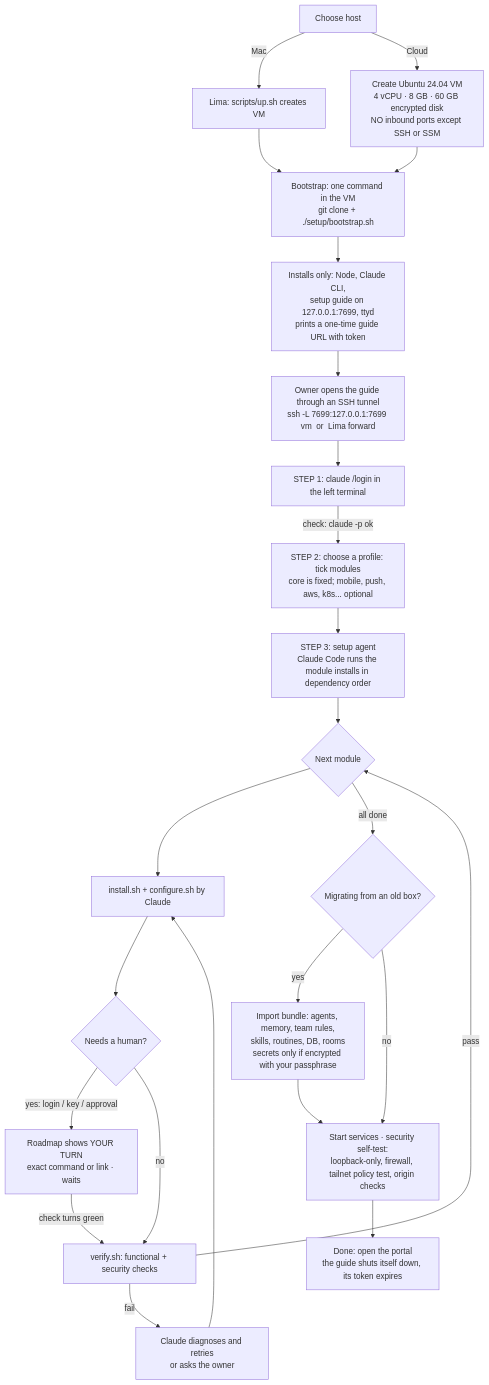
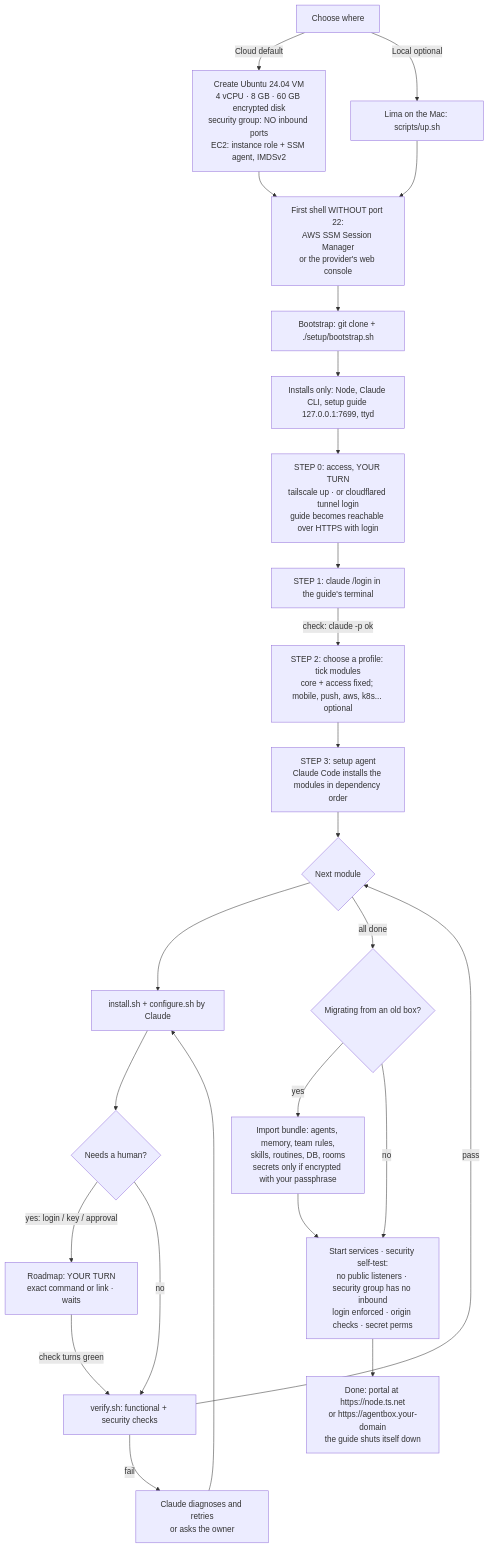
The diagram in docs/SETUP-PLAN.md (dhirajmourya332-gthb/agentbox-v2.1), drawn with Mermaid before and after one commit. The commit also changed other lines of this file, not shown here.

Commit message:
Setup plan: cloud VM is the whole system (no Lima); zero inbound ports via access modes + portal login

````diff
--- a/docs/SETUP-PLAN.md
+++ b/docs/SETUP-PLAN.md
@@ -58,26 +87,27 @@
 ```mermaid
 flowchart TD
-  A[Choose host] -->|Mac| L[Lima: scripts/up.sh creates VM]
-  A -->|Cloud| C[Create Ubuntu 24.04 VM<br/>4 vCPU · 8 GB · 60 GB encrypted disk<br/>NO inbound ports except SSH or SSM]
-  L --> B
-  C --> B[Bootstrap: one command in the VM<br/>git clone + ./setup/bootstrap.sh]
-  B --> B1[Installs only: Node, Claude CLI,<br/>setup guide on 127.0.0.1:7699, ttyd<br/>prints a one-time guide URL with token]
-  B1 --> T[Owner opens the guide through an SSH tunnel<br/>ssh -L 7699:127.0.0.1:7699 vm  or  Lima forward]
-  T --> G1[STEP 1: claude /login in the left terminal]
-  G1 -->|check: claude -p ok| G2[STEP 2: choose a profile: tick modules<br/>core is fixed; mobile, push, aws, k8s... optional]
-  G2 --> G3[STEP 3: setup agent<br/>Claude Code runs the module installs in dependency order]
+  A[Choose where] -->|Cloud default| C[Create Ubuntu 24.04 VM<br/>4 vCPU · 8 GB · 60 GB encrypted disk<br/>security group: NO inbound ports<br/>EC2: instance role + SSM agent, IMDSv2]
+  A -->|Local optional| L[Lima on the Mac: scripts/up.sh]
+  C --> B0[First shell WITHOUT port 22:<br/>AWS SSM Session Manager<br/>or the provider's web console]
+  L --> B0
+  B0 --> B[Bootstrap: git clone + ./setup/bootstrap.sh]
+  B --> B1[Installs only: Node, Claude CLI, setup guide 127.0.0.1:7699, ttyd]
+  B1 --> AC[STEP 0: access, YOUR TURN<br/>tailscale up · or cloudflared tunnel login<br/>guide becomes reachable over HTTPS with login]
+  AC --> G1[STEP 1: claude /login in the guide's terminal]
+  G1 -->|check: claude -p ok| G2[STEP 2: choose a profile: tick modules<br/>core + access fixed; mobile, push, aws, k8s... optional]
+  G2 --> G3[STEP 3: setup agent<br/>Claude Code installs the modules in dependency order]
   G3 --> M{Next module}
   M --> I[install.sh + configure.sh by Claude]
   I --> H{Needs a human?}
-  H -->|yes: login / key / approval| W[Roadmap shows YOUR TURN<br/>exact command or link · waits]
+  H -->|yes: login / key / approval| W[Roadmap: YOUR TURN<br/>exact command or link · waits]
   W -->|check turns green| V
   H -->|no| V[verify.sh: functional + security checks]
   V -->|fail| F[Claude diagnoses and retries<br/>or asks the owner]
   F --> I
   V -->|pass| M
   M -->|all done| R{Migrating from an old box?}
   R -->|yes| IM[Import bundle: agents, memory, team rules,<br/>skills, routines, DB, rooms<br/>secrets only if encrypted with your passphrase]
   R -->|no| S
-  IM --> S[Start services · security self-test:<br/>loopback-only, firewall, tailnet policy test, origin checks]
-  S --> D[Done: open the portal<br/>the guide shuts itself down, its token expires]
+  IM --> S[Start services · security self-test:<br/>no public listeners · security group has no inbound<br/>login enforced · origin checks · secret perms]
+  S --> D[Done: portal at https://node.ts.net<br/>or https://agentbox.your-domain<br/>the guide shuts itself down]
 ```
````
